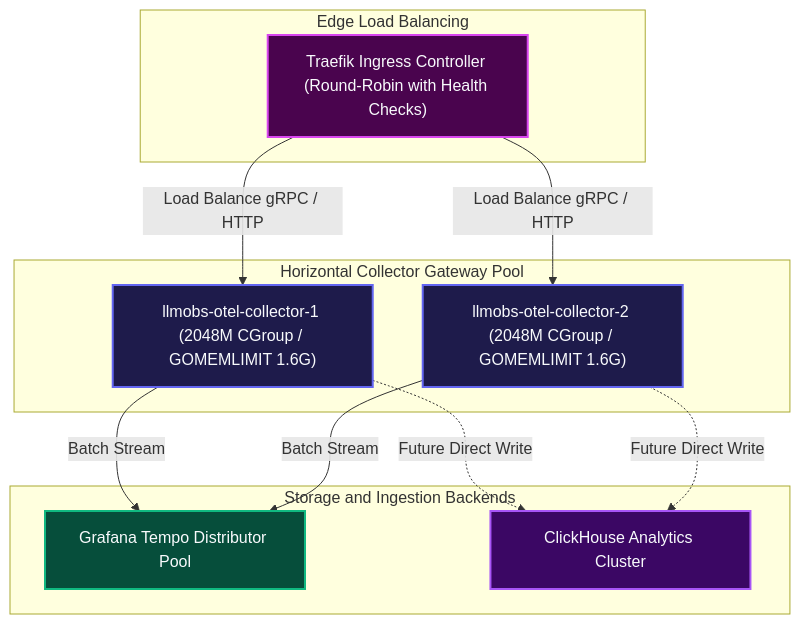
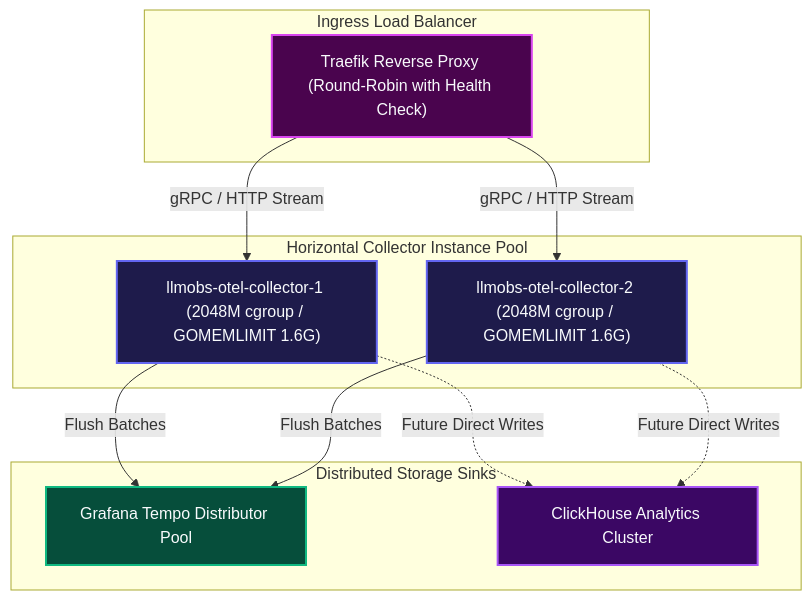
One commit to Chief-Strategist-J/llm-obs-infra changed diagram 19 of 22 in docs/configDoc/otel-collector-configuration-guide.md. Above: the diagram before and after it, drawn with Mermaid. The commit also changed other lines of this file, not shown here.

First line of the commit message:
docs(otel-collector): complete all 40 parameters and add HLD/LLD designs across every section

````diff
--- a/docs/configDoc/otel-collector-configuration-guide.md
+++ b/docs/configDoc/otel-collector-configuration-guide.md
@@ -1308,31 +1633,31 @@
 ```mermaid
 graph TD
-    subgraph IngressGateway ["Edge Load Balancing"]
-        TraefikLB["Traefik Ingress Controller (Round-Robin with Health Checks)"]
+    subgraph IngressLayer ["Ingress Load Balancer"]
+        TraefikCluster["Traefik Reverse Proxy (Round-Robin with Health Check)"]
     end
 
-    subgraph CollectorCluster ["Horizontal Collector Gateway Pool"]
-        Collector1["llmobs-otel-collector-1 (2048M CGroup / GOMEMLIMIT 1.6G)"]
-        Collector2["llmobs-otel-collector-2 (2048M CGroup / GOMEMLIMIT 1.6G)"]
+    subgraph GatewayPool ["Horizontal Collector Instance Pool"]
+        CollectorA["llmobs-otel-collector-1 (2048M cgroup / GOMEMLIMIT 1.6G)"]
+        CollectorB["llmobs-otel-collector-2 (2048M cgroup / GOMEMLIMIT 1.6G)"]
     end
 
-    subgraph DownstreamStorageCluster ["Storage and Ingestion Backends"]
-        TempoCluster["Grafana Tempo Distributor Pool"]
-        ClickHouseEngine["ClickHouse Analytics Cluster"]
+    subgraph BackendStoragePool ["Distributed Storage Sinks"]
+        TempoDistributor["Grafana Tempo Distributor Pool"]
+        ClickHouseCluster["ClickHouse Analytics Cluster"]
     end
 
-    TraefikLB -->|Load Balance gRPC / HTTP| Collector1
-    TraefikLB -->|Load Balance gRPC / HTTP| Collector2
+    TraefikCluster -->|gRPC / HTTP Stream| CollectorA
+    TraefikCluster -->|gRPC / HTTP Stream| CollectorB
 
-    Collector1 -->|Batch Stream| TempoCluster
-    Collector2 -->|Batch Stream| TempoCluster
+    CollectorA -->|Flush Batches| TempoDistributor
+    CollectorB -->|Flush Batches| TempoDistributor
 
-    Collector1 -.->|Future Direct Write| ClickHouseEngine
-    Collector2 -.->|Future Direct Write| ClickHouseEngine
+    CollectorA -.->|Future Direct Writes| ClickHouseCluster
+    CollectorB -.->|Future Direct Writes| ClickHouseCluster
 
-    style TraefikLB fill:#4a044e,stroke:#d946ef,stroke-width:2px,color:#f8fafc
-    style Collector1 fill:#1e1b4b,stroke:#6366f1,stroke-width:2px,color:#f8fafc
-    style Collector2 fill:#1e1b4b,stroke:#6366f1,stroke-width:2px,color:#f8fafc
-    style TempoCluster fill:#064e3b,stroke:#10b981,stroke-width:2px,color:#f8fafc
-    style ClickHouseEngine fill:#3b0764,stroke:#a855f7,stroke-width:2px,color:#f8fafc
+    style TraefikCluster fill:#4a044e,stroke:#d946ef,stroke-width:2px,color:#f8fafc
+    style CollectorA fill:#1e1b4b,stroke:#6366f1,stroke-width:2px,color:#f8fafc
+    style CollectorB fill:#1e1b4b,stroke:#6366f1,stroke-width:2px,color:#f8fafc
+    style TempoDistributor fill:#064e3b,stroke:#10b981,stroke-width:2px,color:#f8fafc
+    style ClickHouseCluster fill:#3b0764,stroke:#a855f7,stroke-width:2px,color:#f8fafc
 ```
````
